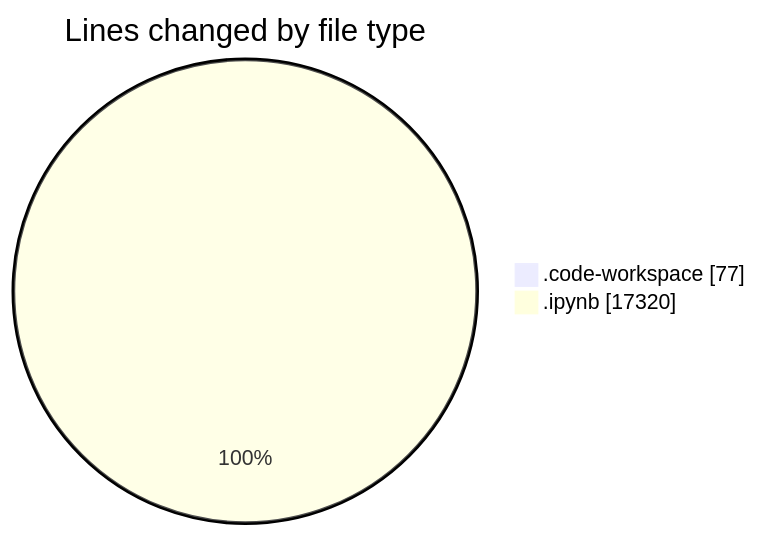
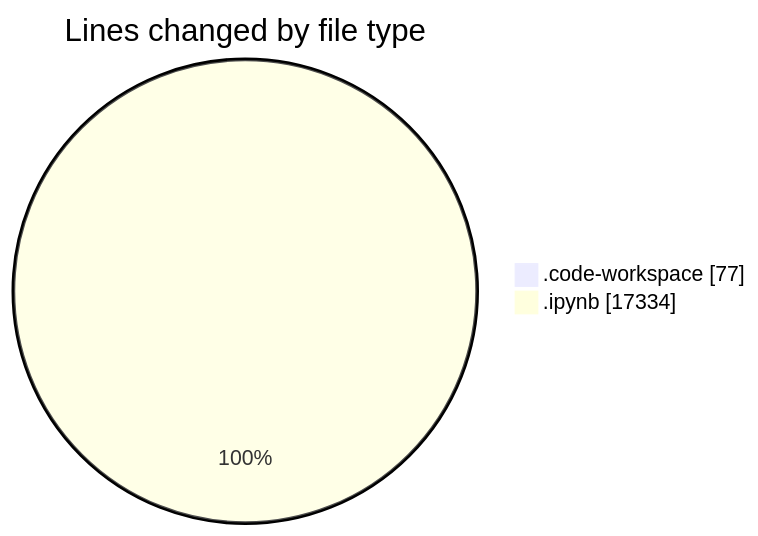
The first of 2 diagrams in 2025-03-14/myws__workspace_/README.md (MatusMokan/code-tracking), drawn with Mermaid before and after one commit. The commit also changed other lines of this file and 1 other file, not shown here.

````diff
--- a/2025-03-14/myws__workspace_/README.md
+++ b/2025-03-14/myws__workspace_/README.md
@@ -21,6 +21,6 @@
 ```mermaid
 pie showData
 title Lines changed by file type
 ".code-workspace" : 77
-".ipynb" : 17320
+".ipynb" : 17334
 ```
````
